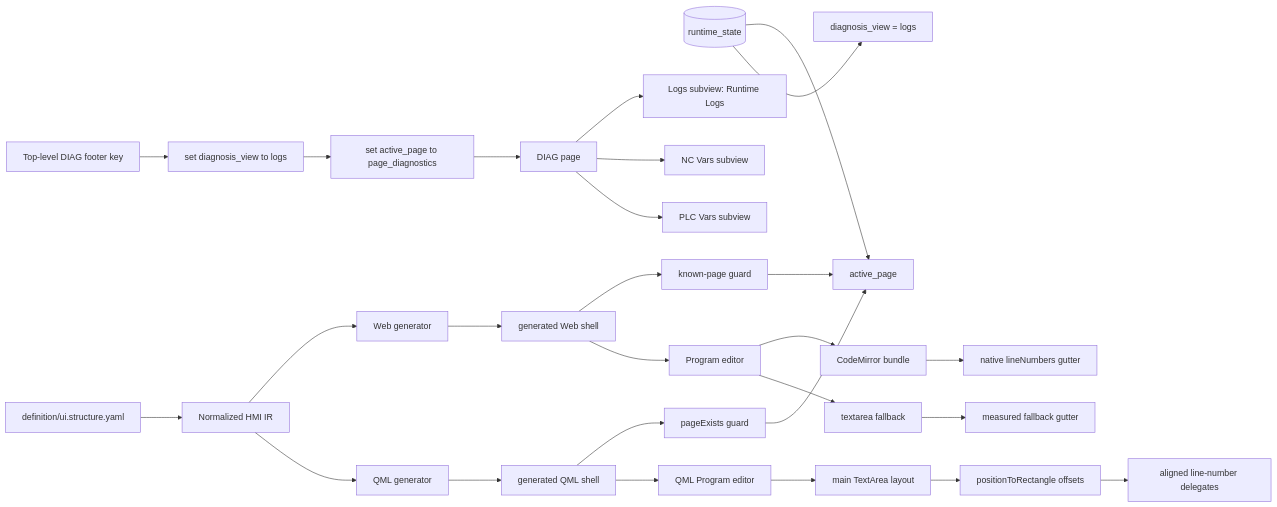
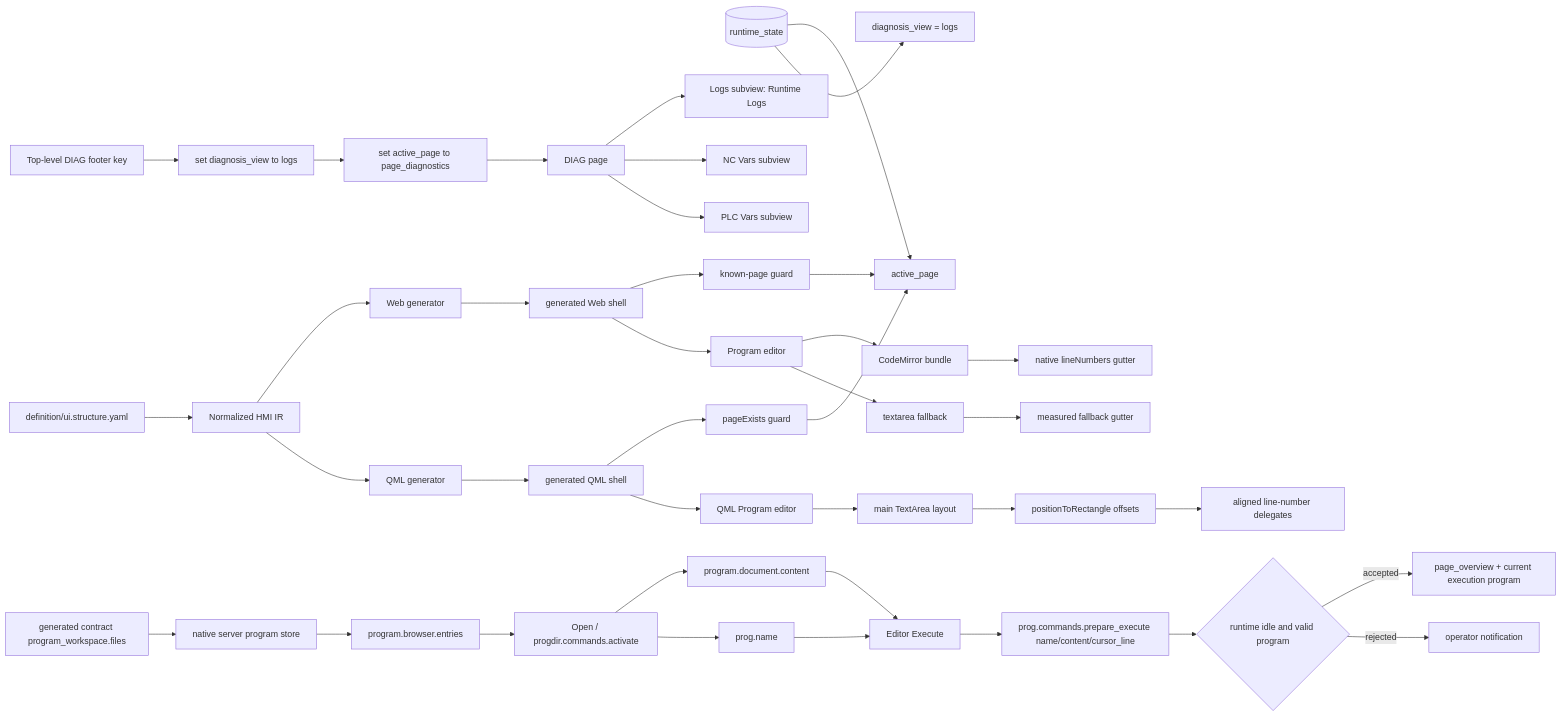
The diagram in 2026-05-02-codex-session/architecture-diagram.md (luppiterw/metanc_hmi_dsl_reports), drawn with Mermaid before and after one commit. The commit also changed 16 other files, not shown here.

````diff
--- a/2026-05-02-codex-session/architecture-diagram.md
+++ b/2026-05-02-codex-session/architecture-diagram.md
@@ -3,37 +3,50 @@
 ```mermaid
 flowchart LR
     DSL[definition/ui.structure.yaml] --> IR[Normalized HMI IR]
     IR --> WebGen[Web generator]
     IR --> QmlGen[QML generator]
 
     WebGen --> WebShell[generated Web shell]
     QmlGen --> QmlShell[generated QML shell]
 
     Runtime[(runtime_state)]
     Runtime --> ActivePage[active_page]
     Runtime --> DiagnosisView[diagnosis_view = logs]
 
     DiagEntry[Top-level DIAG footer key] --> ActionA[set diagnosis_view to logs]
     ActionA --> ActionB[set active_page to page_diagnostics]
     ActionB --> DiagPage[DIAG page]
 
     DiagPage --> Logs[Logs subview: Runtime Logs]
     DiagPage --> NCVars[NC Vars subview]
     DiagPage --> PLCVars[PLC Vars subview]
 
     WebShell --> PageGuardWeb[known-page guard]
     QmlShell --> PageGuardQml[pageExists guard]
     PageGuardWeb --> ActivePage
     PageGuardQml --> ActivePage
 
     WebShell --> WebEditor[Program editor]
     WebEditor --> CodeMirror[CodeMirror bundle]
     CodeMirror --> NativeGutter[native lineNumbers gutter]
     WebEditor --> TextareaFallback[textarea fallback]
     TextareaFallback --> MeasuredGutter[measured fallback gutter]
 
     QmlShell --> QmlEditor[QML Program editor]
     QmlEditor --> MainTextArea[main TextArea layout]
     MainTextArea --> PositionRect[positionToRectangle offsets]
     PositionRect --> QmlLineNumbers[aligned line-number delegates]
+
+    ContractWorkspace[generated contract program_workspace.files] --> ServerProgramStore[native server program store]
+    ServerProgramStore --> ProgramBrowser[program.browser.entries]
+    ProgramBrowser --> ProgramOpen[Open / progdir.commands.activate]
+    ProgramOpen --> ProgramDocument[program.document.content]
+    ProgramOpen --> CurrentProgram[prog.name]
+
+    ProgramDocument --> EditorExecute[Editor Execute]
+    CurrentProgram --> EditorExecute
+    EditorExecute --> PrepareExecute[prog.commands.prepare_execute name/content/cursor_line]
+    PrepareExecute --> IdleGate{runtime idle and valid program}
+    IdleGate -->|accepted| Overview[page_overview + current execution program]
+    IdleGate -->|rejected| Notice[operator notification]
 ```
````
